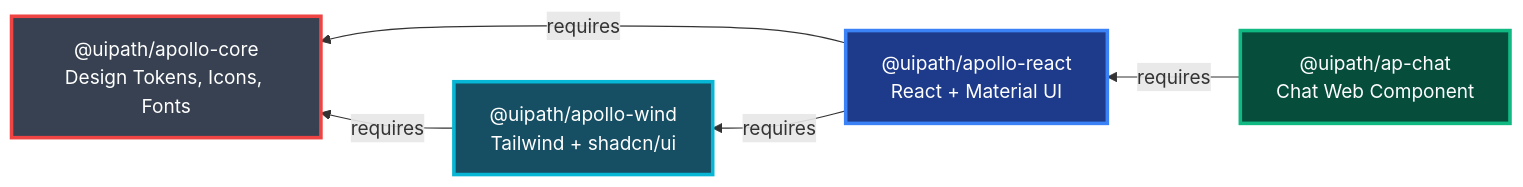
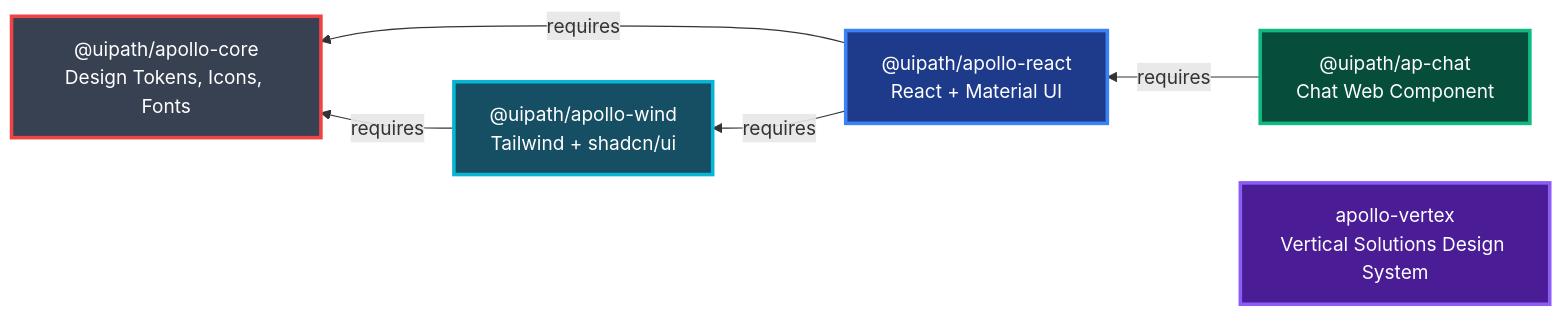
One commit to UiPath/apollo-ui changed the diagram in README.md. Above: the diagram before and after it, drawn with Mermaid. The commit also changed other lines of this file and 1 other file, not shown here.

First line of the commit message:
docs: document apollo-vertex design system in README and CLAUDE.md

````diff
--- a/README.md
+++ b/README.md
@@ -34,12 +35,14 @@
 ```mermaid
 graph RL
     React["@uipath/apollo-react<br/>React + Material UI"] -->|requires| Core["@uipath/apollo-core<br/>Design Tokens, Icons, Fonts"]
     Wind["@uipath/apollo-wind<br/>Tailwind + shadcn/ui"] -->|requires| Core
     React -->|requires| Wind
     Chat["@uipath/ap-chat<br/>Chat Web Component"] -->|requires| React
+    Vertex["apollo-vertex<br/>Vertical Solutions Design System"]
 
     style Core fill:#374151,stroke:#ef4444,stroke-width:3px,color:#fff
     style React fill:#1e3a8a,stroke:#3b82f6,stroke-width:3px,color:#fff
     style Wind fill:#164e63,stroke:#06b6d4,stroke-width:3px,color:#fff
     style Chat fill:#064e3b,stroke:#10b981,stroke-width:3px,color:#fff
+    style Vertex fill:#4a1d96,stroke:#8b5cf6,stroke-width:3px,color:#fff
 ```
````
